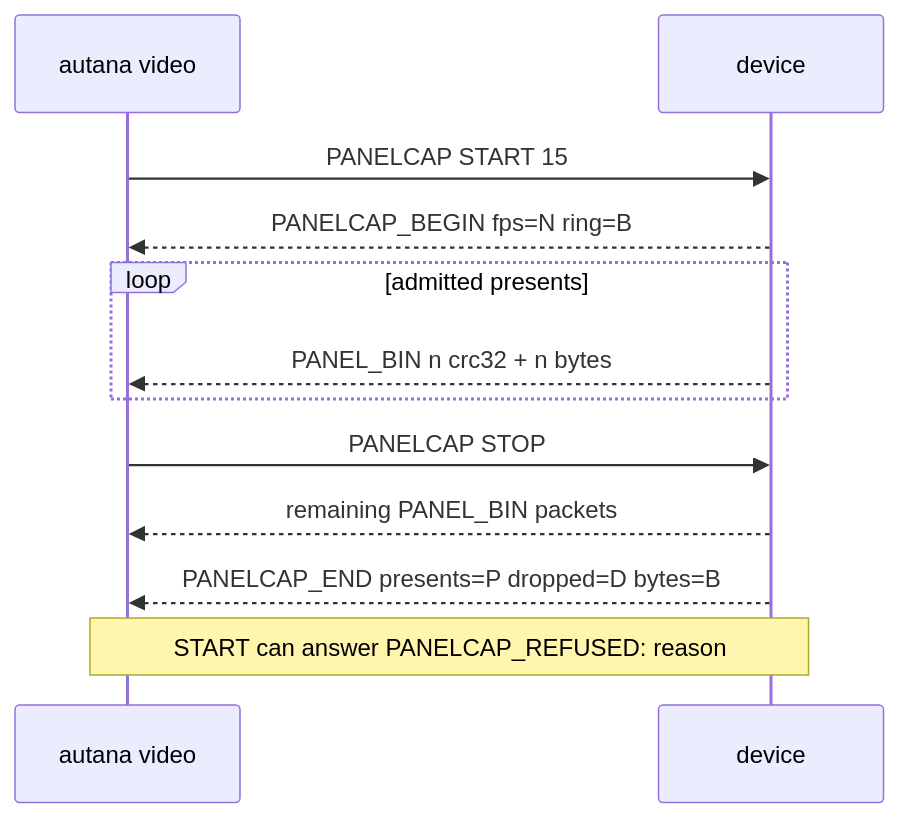
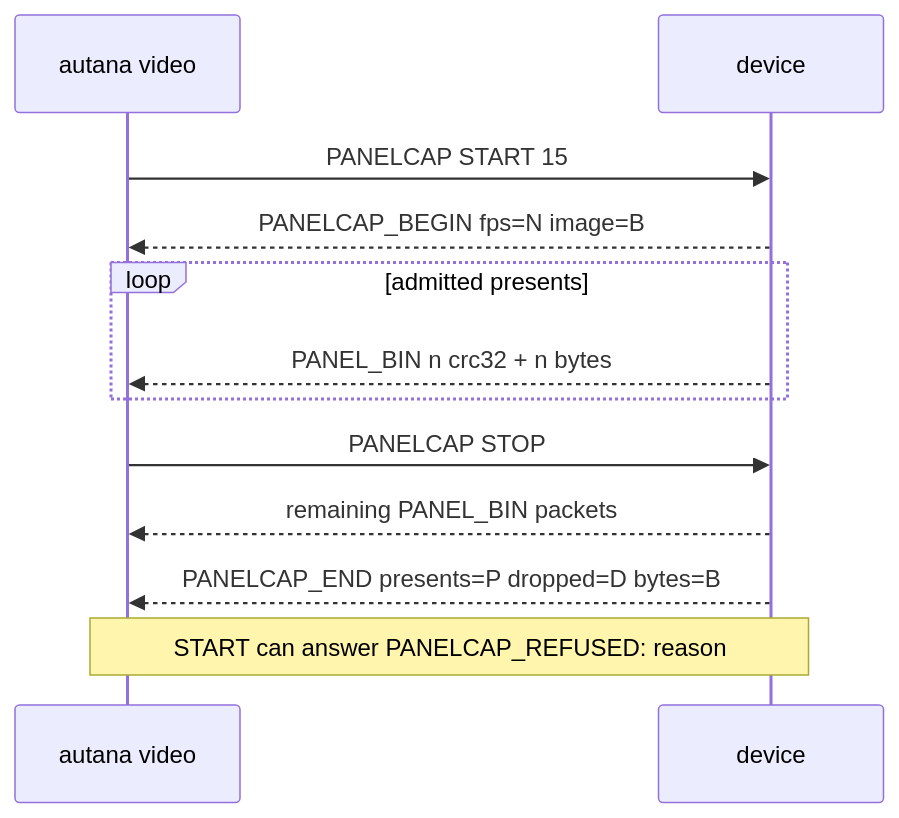
One commit to jose-villegas/autana changed the third of 6 diagrams in docs/tools/Console-Framing.md. Above: the diagram before and after it, drawn with Mermaid. The commit also changed other lines of this file and 7 other files, not shown here.

````diff
--- a/docs/tools/Console-Framing.md
+++ b/docs/tools/Console-Framing.md
@@ -96,14 +96,14 @@
 ```mermaid
 sequenceDiagram
     participant H as autana video
     participant D as device
     H->>D: PANELCAP START 15
-    D-->>H: PANELCAP_BEGIN fps=N ring=B
+    D-->>H: PANELCAP_BEGIN fps=N image=B
     loop admitted presents
         D-->>H: PANEL_BIN n crc32 + n bytes
     end
     H->>D: PANELCAP STOP
     D-->>H: remaining PANEL_BIN packets
     D-->>H: PANELCAP_END presents=P dropped=D bytes=B
     Note over H,D: START can answer PANELCAP_REFUSED: reason
 ```
````
